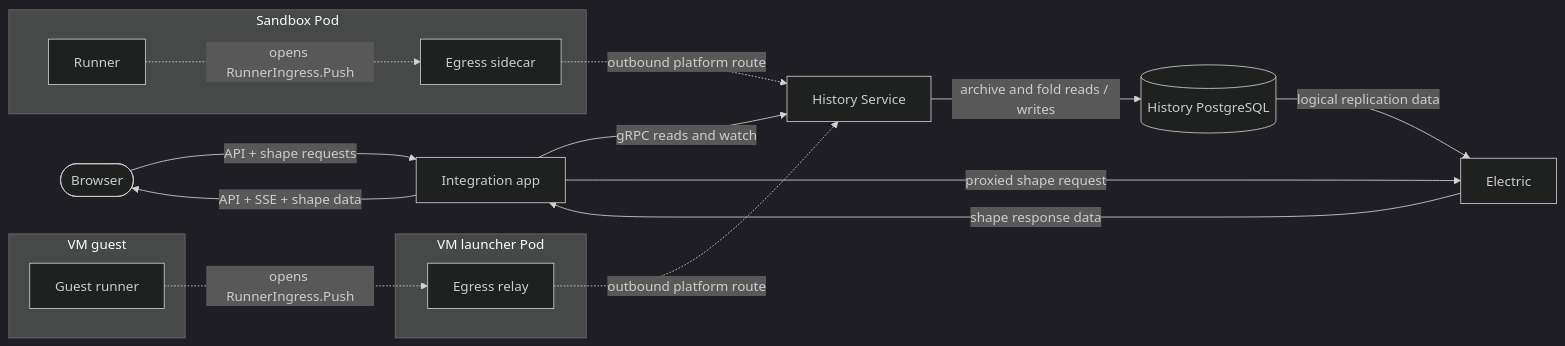
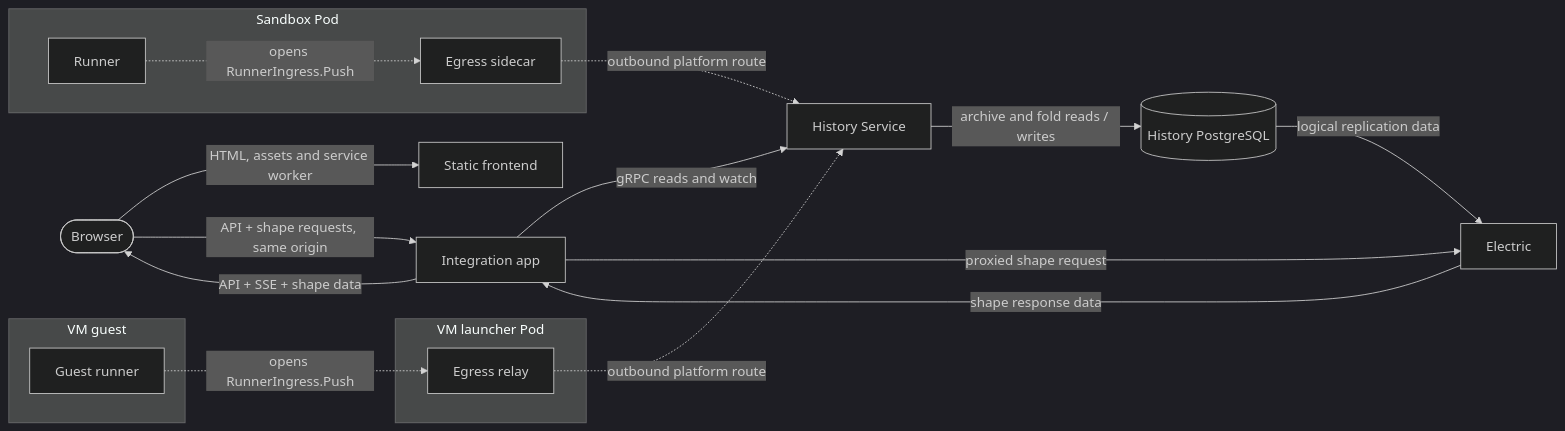
Before and after one commit to agentydragon/ducktape: the third of 5 diagrams in agentplane/docs/system_overview.md, drawn with Mermaid (dark theme). The commit also changed other lines of this file and 17 other files, not shown here.

Commit message:
Serve Agentplane frontend separately and remove assets from the API

````diff
--- a/agentplane/docs/system_overview.md
+++ b/agentplane/docs/system_overview.md
@@ -58,30 +58,32 @@
 ```mermaid
 flowchart LR
     browser([Browser])
+    frontend[Static frontend]
     app[Integration app]
     history[History Service]
     history_db[(History PostgreSQL)]
     electric[Electric]
     subgraph pod[Sandbox Pod]
         runner[Runner]
         sidecar[Egress sidecar]
     end
     subgraph vm_guest[VM guest]
         guest[Guest runner]
     end
     subgraph vm_pod[VM launcher Pod]
         relay[Egress relay]
     end
 
-    browser -->|API + shape requests| app
+    browser -->|HTML, assets and service worker| frontend
+    browser -->|API + shape requests, same origin| app
     app -->|gRPC reads and watch| history
     app -->|proxied shape request| electric
     electric -->|shape response data| app
     app -->|API + SSE + shape data| browser
     runner -.->|opens RunnerIngress.Push| sidecar
     sidecar -.->|outbound platform route| history
     guest -.->|opens RunnerIngress.Push| relay
     relay -.->|outbound platform route| history
     history -->|archive and fold reads / writes| history_db
     history_db -->|logical replication data| electric
 ```
````
